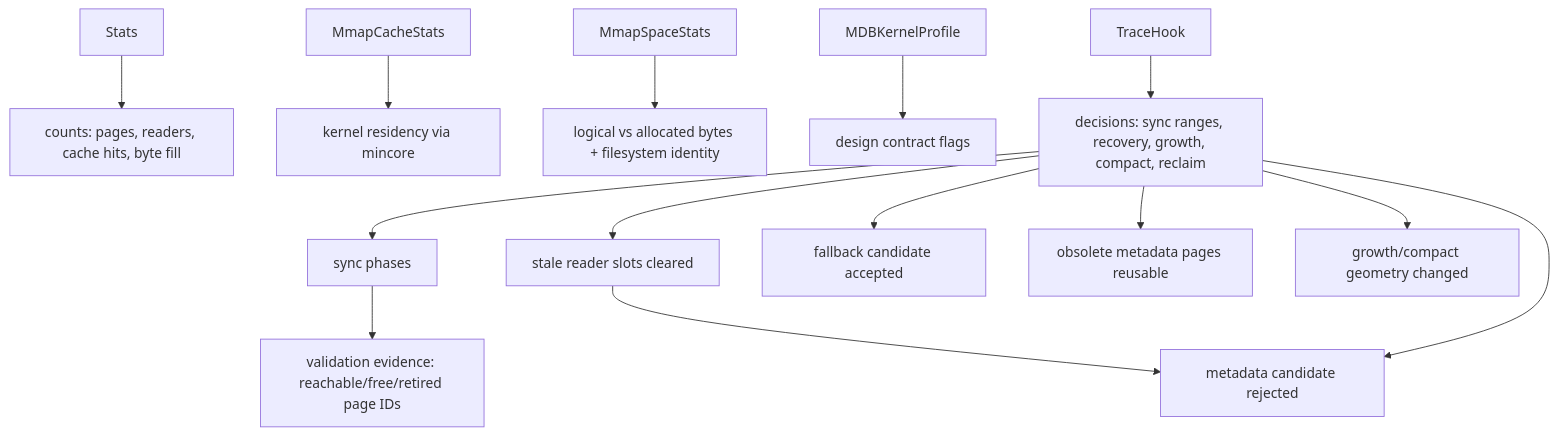
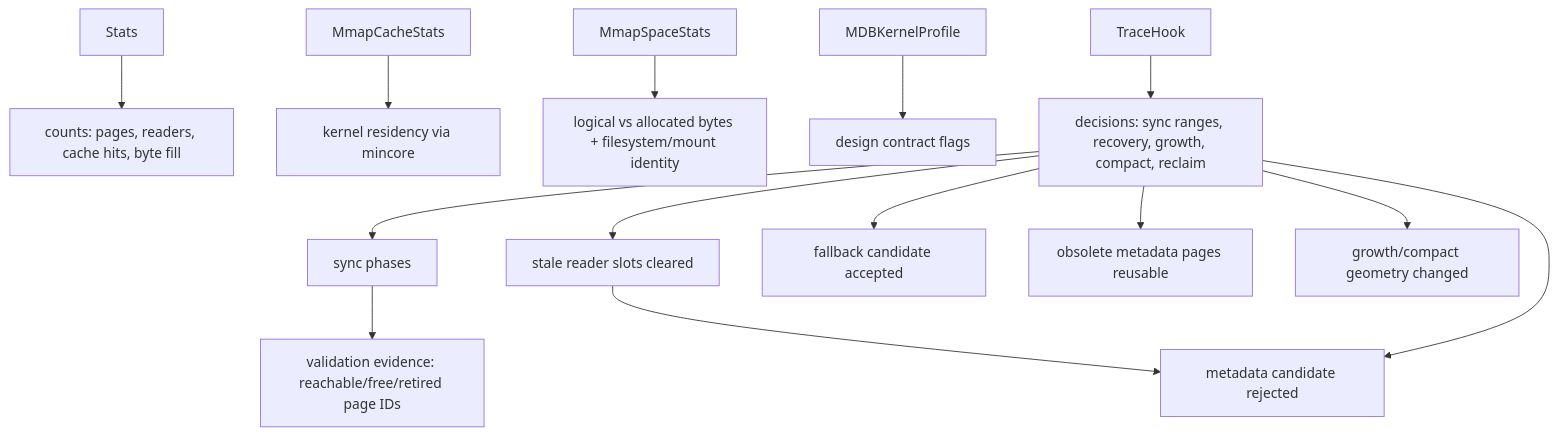
One commit to hadamrd/cow-btree-course changed diagram 17 of 18 in docs/00-storage-engine-course.md. Above: the diagram before and after it, drawn with Mermaid. The commit also changed other lines of this file and 13 other files, not shown here.

Commit message:
feat: report mmap mount evidence

````diff
--- a/docs/00-storage-engine-course.md
+++ b/docs/00-storage-engine-course.md
@@ -668,17 +668,17 @@
 ```mermaid
 flowchart TD
     S["Stats"] --> C["counts: pages, readers, cache hits, byte fill"]
     A["Audit"] --> V["validation evidence: reachable/free/retired page IDs"]
     M["MmapCacheStats"] --> R["kernel residency via mincore"]
-    Z["MmapSpaceStats"] --> Y["logical vs allocated bytes + filesystem identity"]
+    Z["MmapSpaceStats"] --> Y["logical vs allocated bytes + filesystem/mount identity"]
     P["MDBKernelProfile"] --> K["design contract flags"]
     H["MmapHolePunchProfile"] --> B["sparse-punch primitive/support"]
     T["TraceHook"] --> E["decisions: sync ranges, recovery, growth, compact, reclaim"]
 
     E --> A["sync phases"]
     E --> B["metadata candidate rejected"]
     E --> D["fallback candidate accepted"]
     E --> F["obsolete metadata pages reusable"]
     E --> G["growth/compact geometry changed"]
     E --> H["stale reader slots cleared"]
 ```
````
